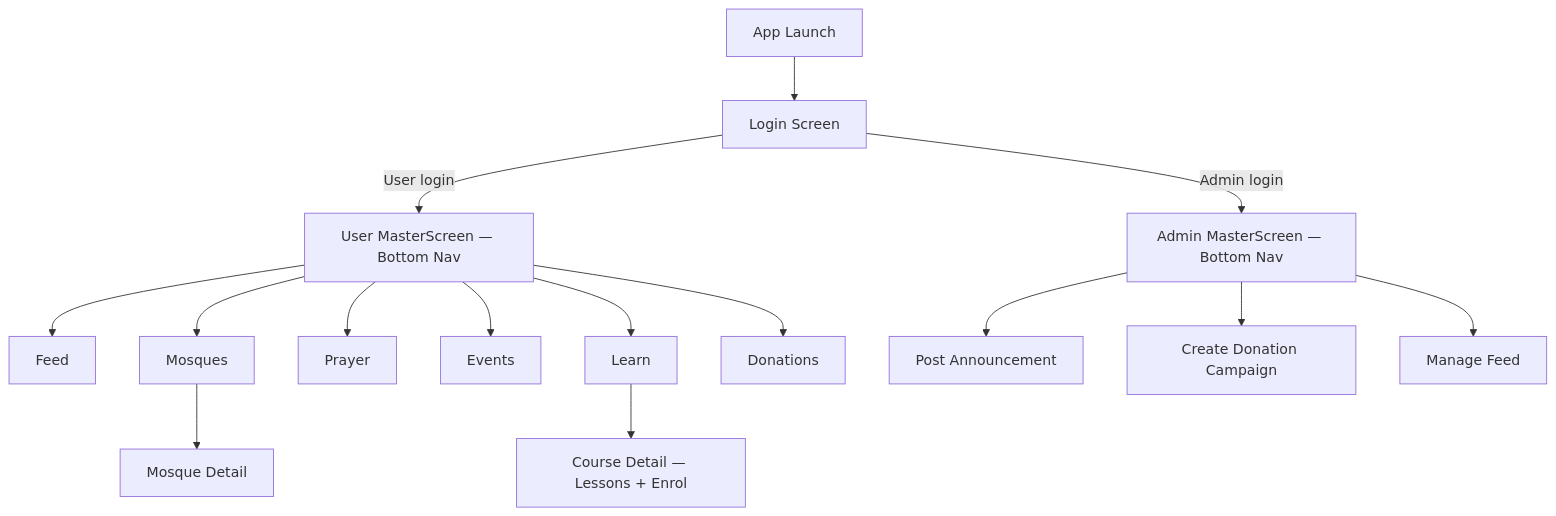
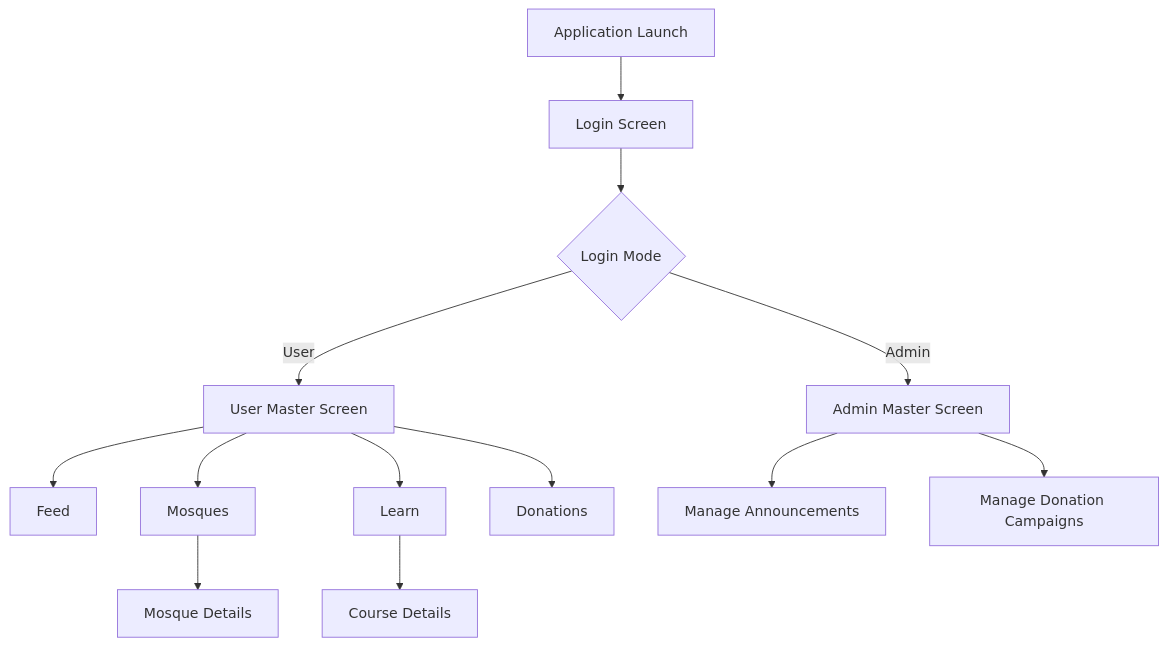
The first of 5 diagrams in README.md (AilHakim/JomMasjid), drawn with Mermaid before and after one commit. The commit also changed other lines of this file, not shown here.

Commit message:
change on diagram

````diff
--- a/README.md
+++ b/README.md
@@ -121,20 +149,22 @@
 ```mermaid
 flowchart TD
-    A[App Launch] --> B[Login Screen]
-    B -->|User login| C[User MasterScreen — Bottom Nav]
-    B -->|Admin login| D[Admin MasterScreen — Bottom Nav]
 
-    C --> E[Feed]
-    C --> F[Mosques]
-    C --> G[Prayer]
-    C --> H[Events]
-    C --> I[Learn]
-    C --> J[Donations]
+A[Application Launch]
+A --> B[Login Screen]
 
-    I --> I2[Course Detail — Lessons + Enrol]
-    F --> F2[Mosque Detail]
+B --> C{Login Mode}
 
-    D --> K[Post Announcement]
-    D --> L[Create Donation Campaign]
-    D --> M[Manage Feed]
+C -->|User| D[User Master Screen]
+C -->|Admin| E[Admin Master Screen]
+
+D --> F[Feed]
+D --> G[Mosques]
+D --> H[Learn]
+D --> I[Donations]
+
+G --> G1[Mosque Details]
+H --> H1[Course Details]
+
+E --> J[Manage Announcements]
+E --> K[Manage Donation Campaigns]
 ```
````
